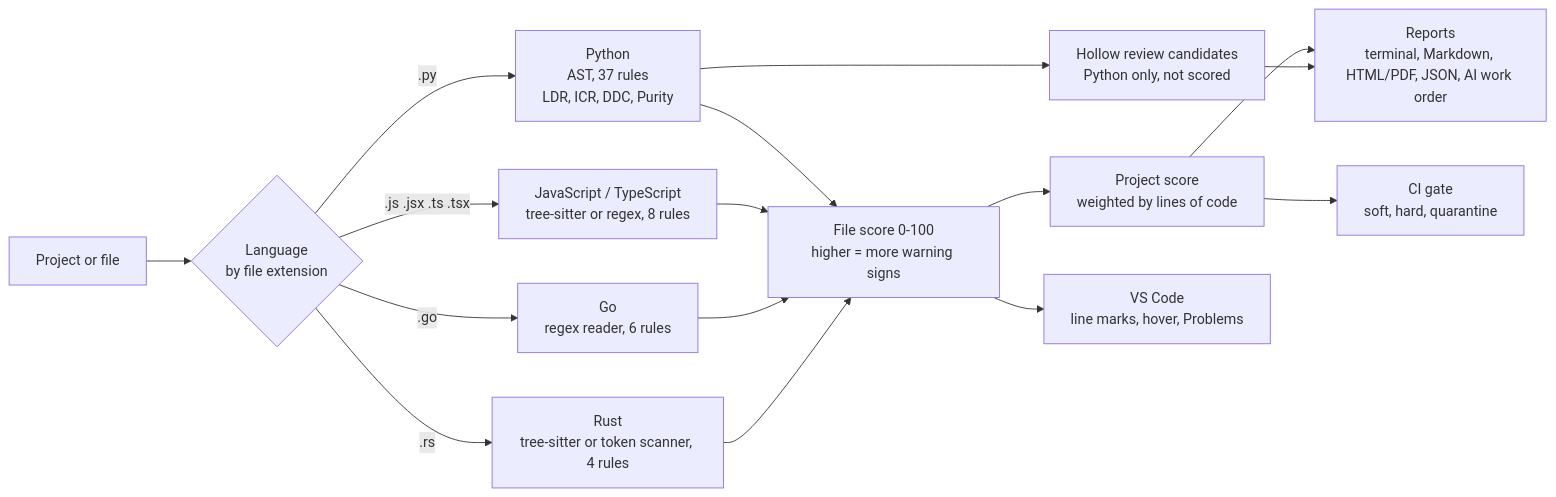
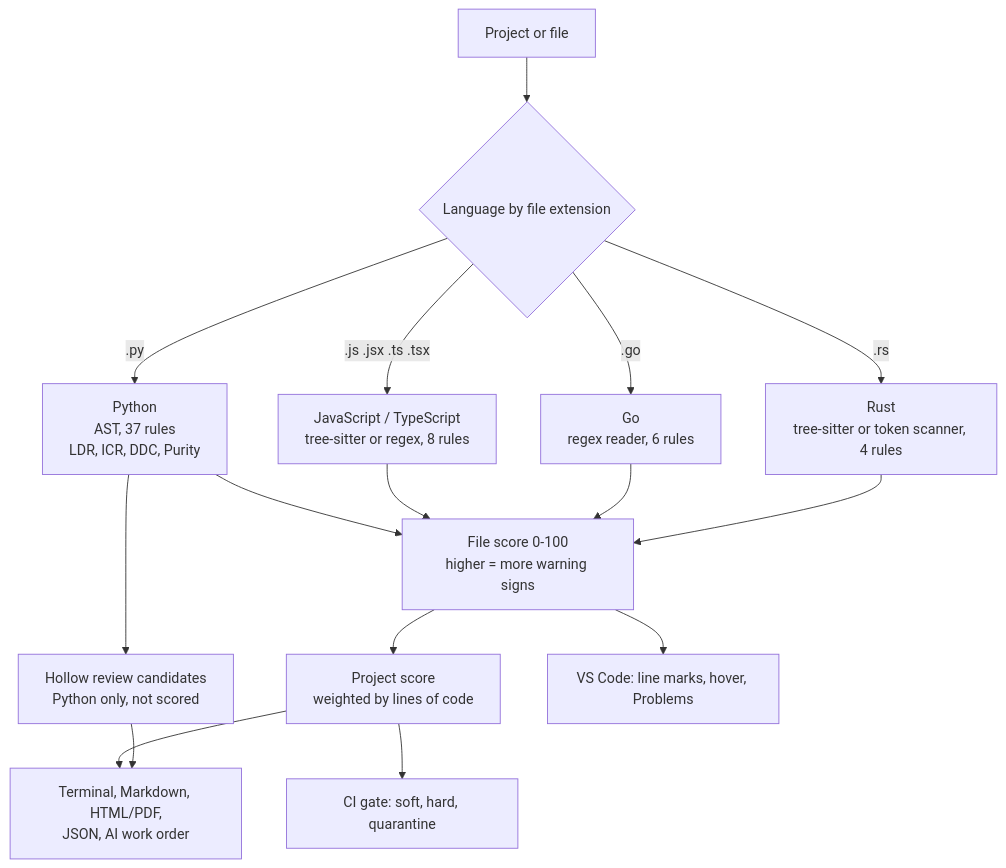
One commit to flamehaven01/AI-SLOP-Detector changed the diagram in README.md. Above: the diagram before and after it, drawn with Mermaid. The commit also changed other lines of this file and 10 other files, not shown here.

````diff
--- a/README.md
+++ b/README.md
@@ -116,18 +146,18 @@
 ```mermaid
-flowchart LR
-    A["Project or file"] --> B{"Language<br/>by file extension"}
+flowchart TD
+    A["Project or file"] --> B{"Language by file extension"}
     B -->|.py| P["Python<br/>AST, 37 rules<br/>LDR, ICR, DDC, Purity"]
     B -->|.js .jsx .ts .tsx| J["JavaScript / TypeScript<br/>tree-sitter or regex, 8 rules"]
     B -->|.go| G["Go<br/>regex reader, 6 rules"]
     B -->|.rs| R["Rust<br/>tree-sitter or token scanner, 4 rules"]
     P --> F["File score 0-100<br/>higher = more warning signs"]
     J --> F
     G --> F
     R --> F
     P --> H["Hollow review candidates<br/>Python only, not scored"]
     F --> S["Project score<br/>weighted by lines of code"]
-    F --> V["VS Code<br/>line marks, hover, Problems"]
-    S --> O["Reports<br/>terminal, Markdown, HTML/PDF, JSON, AI work order"]
+    S --> O["Terminal, Markdown, HTML/PDF,<br/>JSON, AI work order"]
     H --> O
-    S --> C["CI gate<br/>soft, hard, quarantine"]
+    S --> C["CI gate: soft, hard, quarantine"]
+    F --> V["VS Code: line marks, hover, Problems"]
 ```
````
